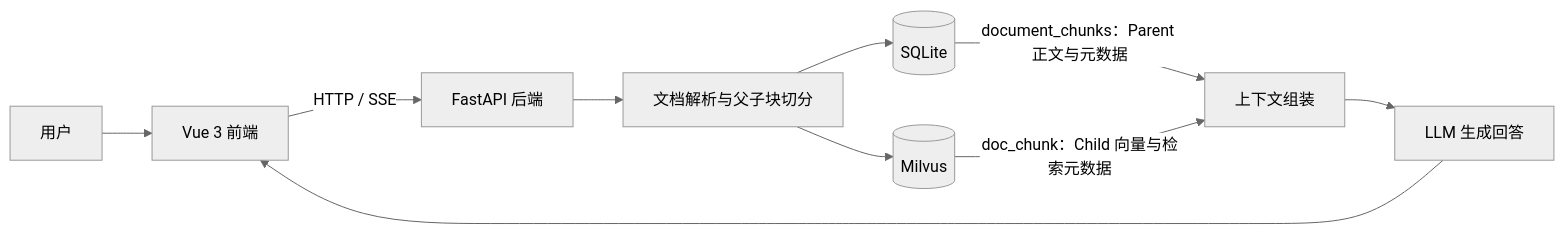
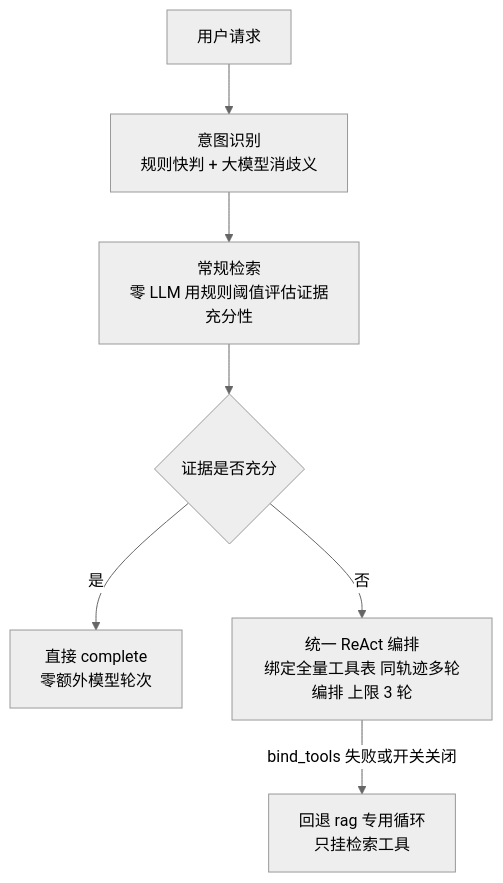
One commit to GuLu37/Enterprise-Knowledge-System changed the first of 2 diagrams in README.md. Above: the diagram before and after it, drawn with Mermaid (neutral theme). The commit also changed other lines of this file, not shown here.

````diff
--- a/README.md
+++ b/README.md
@@ -77,14 +19,9 @@
 ```mermaid
-flowchart LR
-    U[用户] --> F[Vue 3 前端]
-    F -->|HTTP / SSE| A[FastAPI 后端]
-
-    A --> I[文档解析与父子块切分]
-    I --> S[(SQLite)]
-    I --> M[(Milvus)]
-
-    S -->|document_chunks：Parent 正文与元数据| C[上下文组装]
-    M -->|doc_chunk：Child 向量与检索元数据| C
-    C --> L[LLM 生成回答]
-    L --> F
+flowchart TD
+    U[用户请求] --> A[意图识别<br/>规则快判 + 大模型消歧义]
+    A --> R[常规检索<br/>零 LLM 用规则阈值评估证据充分性]
+    R --> E{证据是否充分}
+    E -->|是| G[直接 complete<br/>零额外模型轮次]
+    E -->|否| U2[统一 ReAct 编排<br/>绑定全量工具表 同轨迹多轮编排 上限 3 轮]
+    U2 -->|bind_tools 失败或开关关闭| X[回退 rag 专用循环<br/>只挂检索工具]
 ```
````
